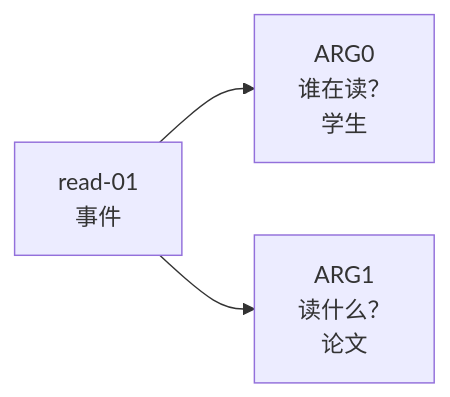
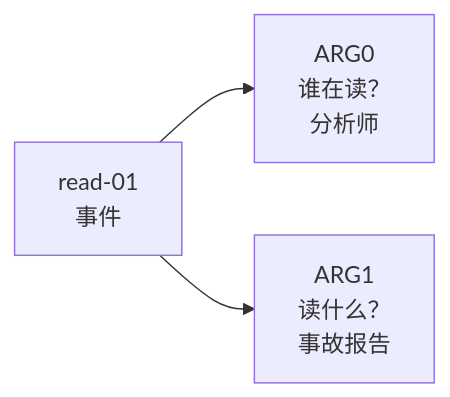
One commit to oudbiao/AI-fullstack-course changed the first of 2 diagrams in src/content/docs/zh-cn/ch11-nlp/ch07-projects/04-semantic-graphs-amr.md. Above: the diagram before and after it, drawn with Mermaid. The commit also changed other lines of this file and 29 other files, not shown here.

````diff
--- a/src/content/docs/zh-cn/ch11-nlp/ch07-projects/04-semantic-graphs-amr.md
+++ b/src/content/docs/zh-cn/ch11-nlp/ch07-projects/04-semantic-graphs-amr.md
@@ -68,5 +68,5 @@
 ```mermaid
 flowchart LR
-    E["read-01<br/>事件"] --> A0["ARG0<br/>谁在读？<br/>学生"]
-    E --> A1["ARG1<br/>读什么？<br/>论文"]
+    E["read-01<br/>事件"] --> A0["ARG0<br/>谁在读？<br/>分析师"]
+    E --> A1["ARG1<br/>读什么？<br/>事故报告"]
 ```
````
